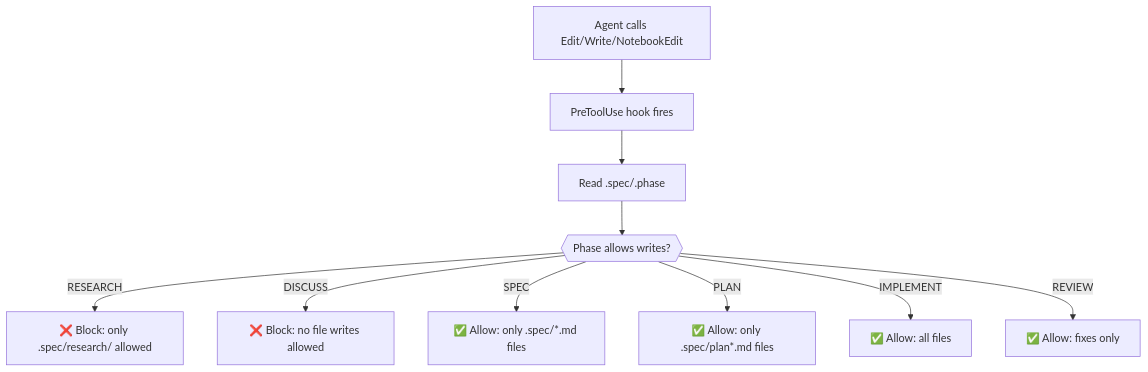
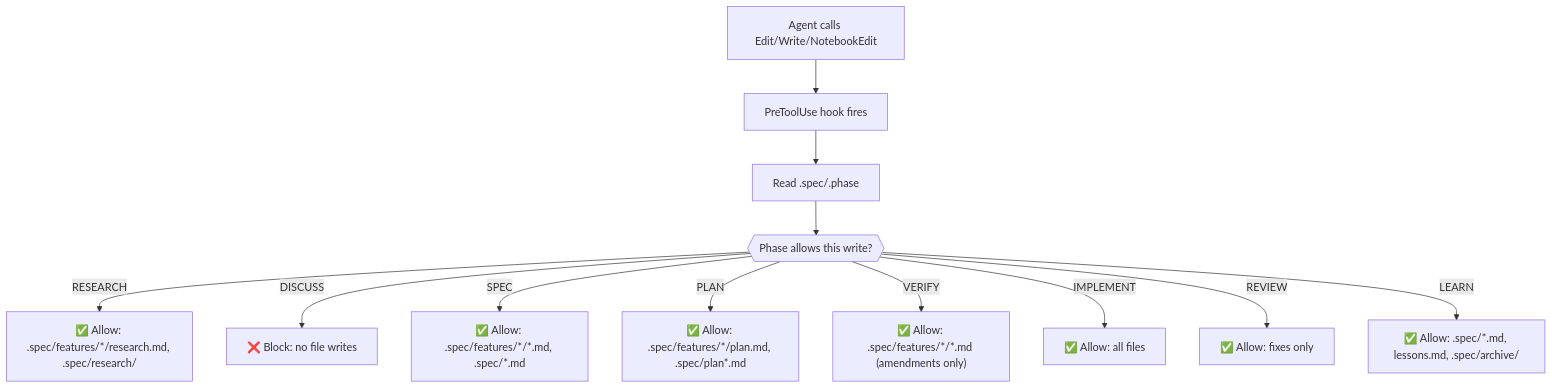
The seventh of 11 diagrams in .spec/product-design.md (LennardZuendorf/vibe), drawn with Mermaid before and after one commit. The commit also changed other lines of this file and 1 other file, not shown here.

First line of the commit message:
update: restructure product specs with clustered phases and global/feature spec separation

````diff
--- a/.spec/product-design.md
+++ b/.spec/product-design.md
@@ -192,13 +301,15 @@
 ```mermaid
 flowchart TD
     TOOL["Agent calls Edit/Write/NotebookEdit"] --> HOOK["PreToolUse hook fires"]
     HOOK --> READ_PHASE["Read .spec/.phase"]
-    READ_PHASE --> CHECK{{"Phase allows writes?"}}
+    READ_PHASE --> CHECK{{"Phase allows this write?"}}
 
-    CHECK -->|"RESEARCH"| BLOCK_R["❌ Block: only .spec/research/ allowed"]
-    CHECK -->|"DISCUSS"| BLOCK_D["❌ Block: no file writes allowed"]
-    CHECK -->|"SPEC"| ALLOW_S["✅ Allow: only .spec/*.md files"]
-    CHECK -->|"PLAN"| ALLOW_P["✅ Allow: only .spec/plan*.md files"]
+    CHECK -->|"RESEARCH"| ALLOW_R["✅ Allow: .spec/features/*/research.md, .spec/research/"]
+    CHECK -->|"DISCUSS"| BLOCK_D["❌ Block: no file writes"]
+    CHECK -->|"SPEC"| ALLOW_S["✅ Allow: .spec/features/*/*.md, .spec/*.md"]
+    CHECK -->|"PLAN"| ALLOW_P["✅ Allow: .spec/features/*/plan.md, .spec/plan*.md"]
+    CHECK -->|"VERIFY"| ALLOW_V["✅ Allow: .spec/features/*/*.md (amendments only)"]
     CHECK -->|"IMPLEMENT"| ALLOW_I["✅ Allow: all files"]
     CHECK -->|"REVIEW"| ALLOW_FIX["✅ Allow: fixes only"]
+    CHECK -->|"LEARN"| ALLOW_L["✅ Allow: .spec/*.md, lessons.md, .spec/archive/"]
 ```
````
